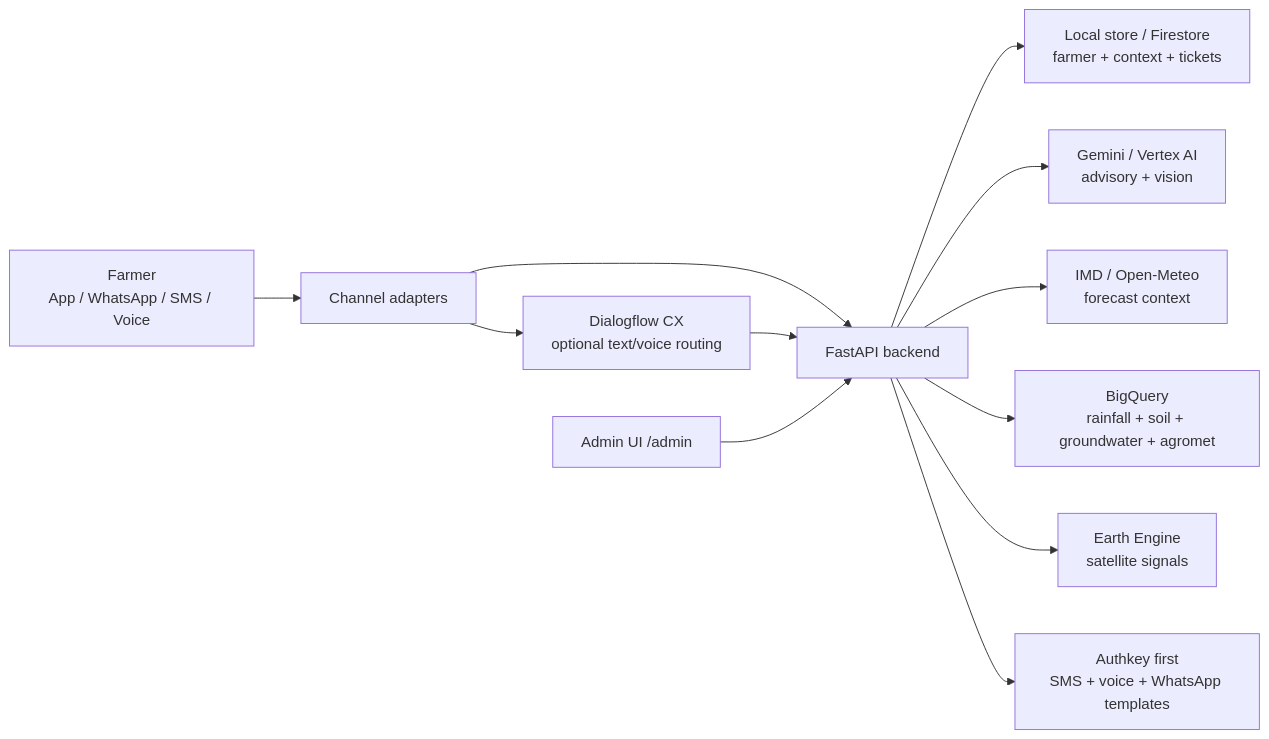
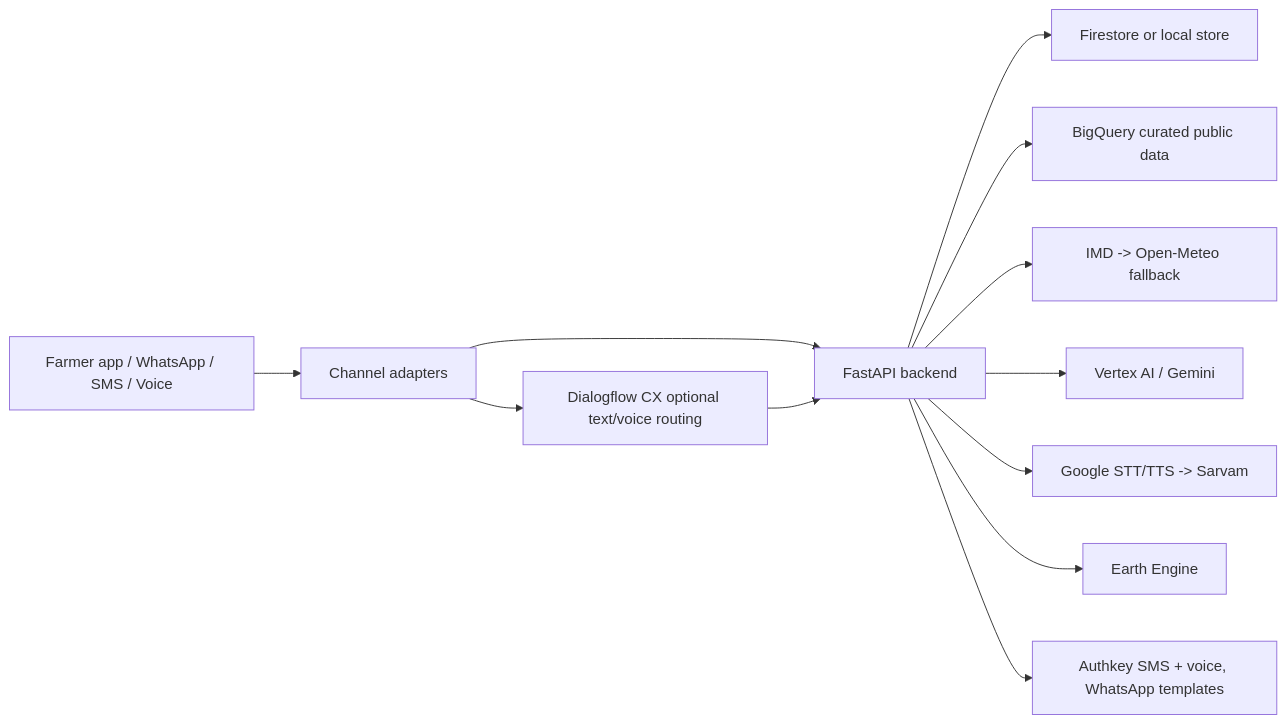
The diagram in README.md (vaibhavdes/kisanAI), drawn with Mermaid before and after one commit. The commit also changed other lines of this file and 27 other files, not shown here.

Commit message:
chore: finalize hackathon app documentation and data

````diff
--- a/README.md
+++ b/README.md
@@ -83,14 +37,14 @@
 ```mermaid
 flowchart LR
-  Farmer["Farmer\nApp / WhatsApp / SMS / Voice"] --> Channels["Channel adapters"]
-  Channels --> Dialogflow["Dialogflow CX\noptional text/voice routing"]
+  Farmer["Farmer app / WhatsApp / SMS / Voice"] --> Channels["Channel adapters"]
   Channels --> Backend["FastAPI backend"]
+  Channels --> Dialogflow["Dialogflow CX optional text/voice routing"]
   Dialogflow --> Backend
-  Backend --> Store["Local store / Firestore\nfarmer + context + tickets"]
-  Backend --> AI["Gemini / Vertex AI\nadvisory + vision"]
-  Backend --> Weather["IMD / Open-Meteo\nforecast context"]
-  Backend --> BigQuery["BigQuery\nrainfall + soil + groundwater + agromet"]
-  Backend --> EarthEngine["Earth Engine\nsatellite signals"]
-  Backend --> Delivery["Authkey first\nSMS + voice + WhatsApp templates"]
-  Admin["Admin UI /admin"] --> Backend
+  Backend --> Store["Firestore or local store"]
+  Backend --> BigQuery["BigQuery curated public data"]
+  Backend --> Weather["IMD -> Open-Meteo fallback"]
+  Backend --> AI["Vertex AI / Gemini"]
+  Backend --> Voice["Google STT/TTS -> Sarvam"]
+  Backend --> Satellite["Earth Engine"]
+  Backend --> Alerts["Authkey SMS + voice, WhatsApp templates"]
 ```
````
